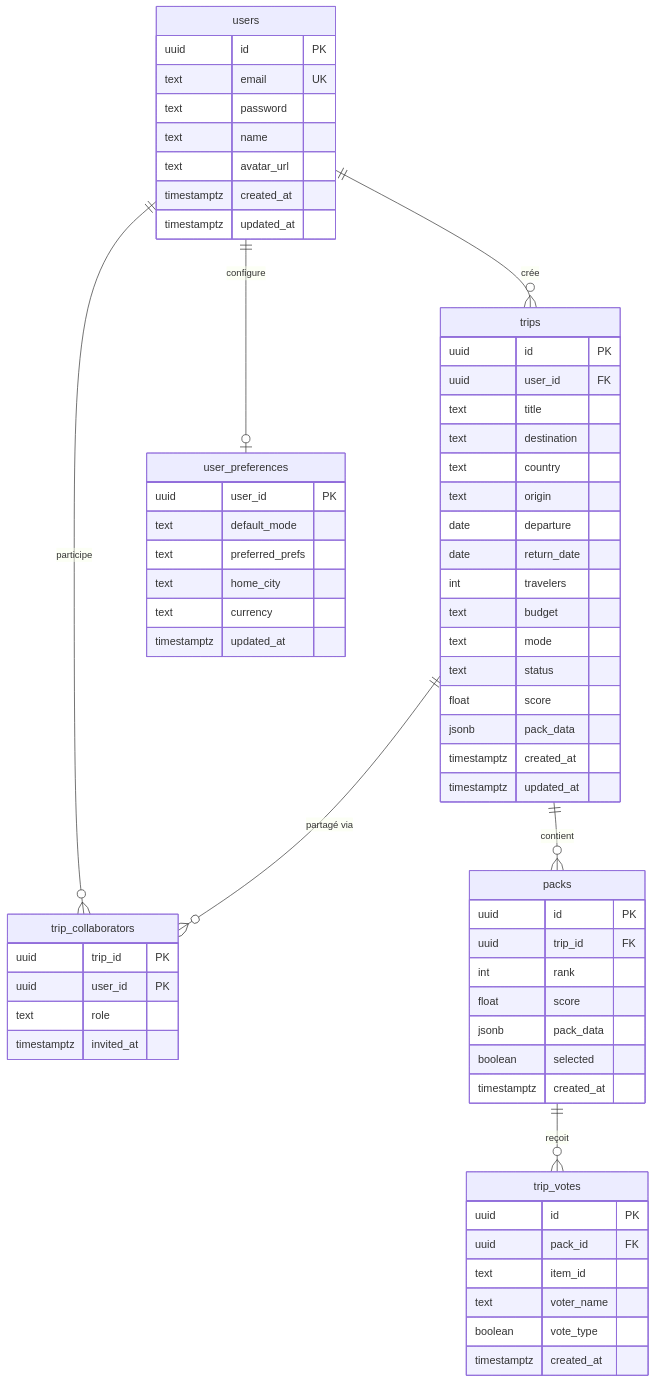
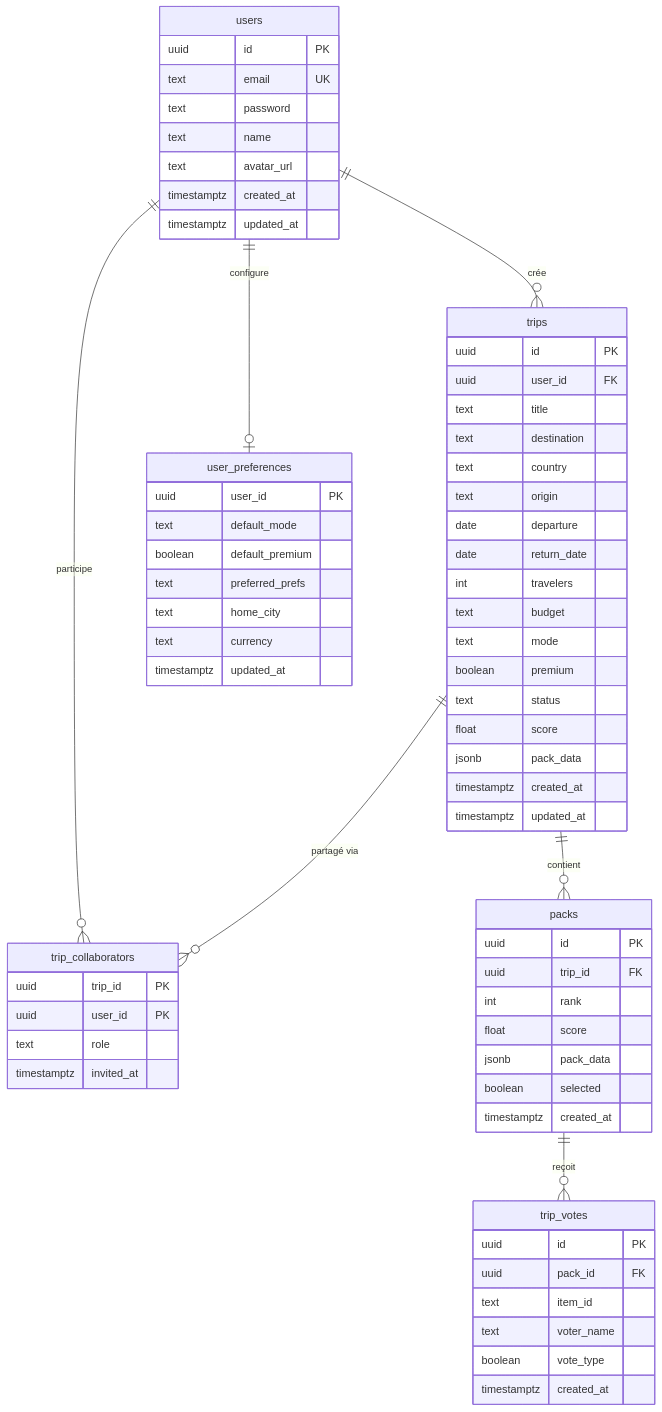
One commit to loties1533/tripgenie-app changed the diagram in docs/architecture/erd.mmd. Above: the diagram before and after it, drawn with Mermaid. The commit also changed 39 other files, not shown here.

```diff
--- a/docs/architecture/erd.mmd
+++ b/docs/architecture/erd.mmd
@@ -1,66 +1,68 @@
 erDiagram
     users ||--o{ trips : "crée"
     users ||--o| user_preferences : "configure"
     users ||--o{ trip_collaborators : "participe"
     trips ||--o{ packs : "contient"
     trips ||--o{ trip_collaborators : "partagé via"
     packs ||--o{ trip_votes : "reçoit"
 
     users {
         uuid id PK
         text email UK
         text password
         text name
         text avatar_url
         timestamptz created_at
         timestamptz updated_at
     }
     trips {
         uuid id PK
         uuid user_id FK
         text title
         text destination
         text country
         text origin
         date departure
         date return_date
         int travelers
         text budget
         text mode
+        boolean premium
         text status
         float score
         jsonb pack_data
         timestamptz created_at
         timestamptz updated_at
     }
     packs {
         uuid id PK
         uuid trip_id FK
         int rank
         float score
         jsonb pack_data
         boolean selected
         timestamptz created_at
     }
     trip_votes {
         uuid id PK
         uuid pack_id FK
         text item_id
         text voter_name
         boolean vote_type
         timestamptz created_at
     }
     user_preferences {
         uuid user_id PK
         text default_mode
+        boolean default_premium
         text preferred_prefs
         text home_city
         text currency
         timestamptz updated_at
     }
     trip_collaborators {
         uuid trip_id PK
         uuid user_id PK
         text role
         timestamptz invited_at
     }
```
